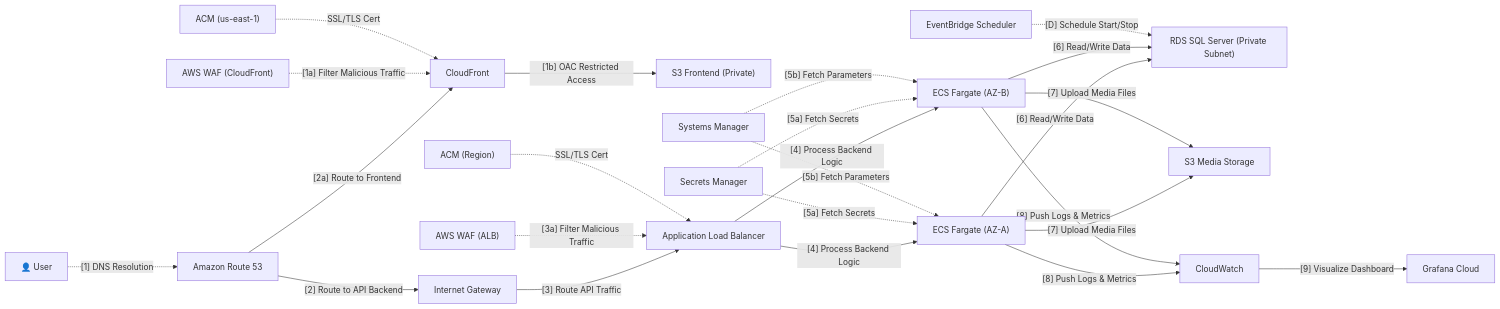
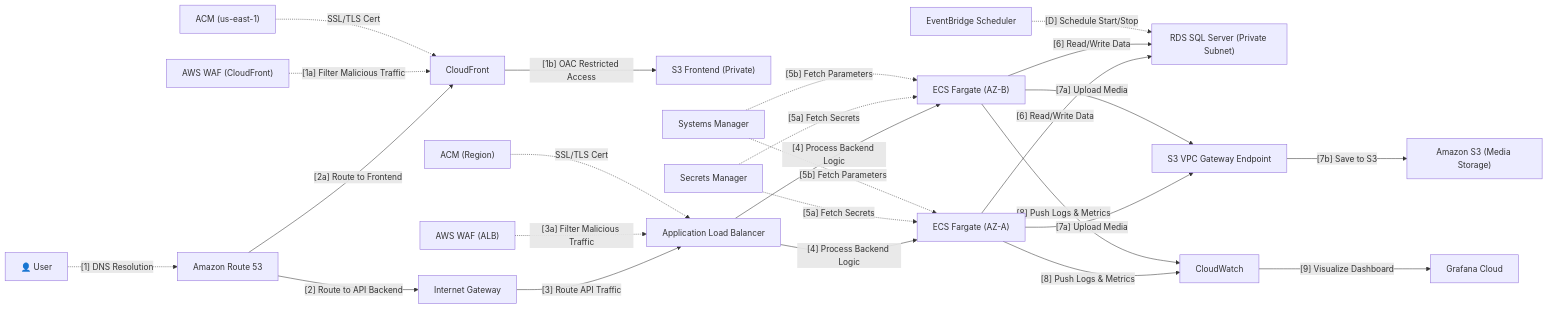
The first of 2 diagrams in content/2-Proposal/_index.md (pht1412/FCAJ-Intern-Report), drawn with Mermaid before and after one commit. The commit also changed 1 other file, not shown here.

Commit message:
intern report

````diff
--- a/content/2-Proposal/_index.md
+++ b/content/2-Proposal/_index.md
@@ -35,43 +35,44 @@
 ```mermaid
 flowchart LR
     %% [1] DNS Resolution
     User["👤 User"] -.->|"[1] DNS Resolution"| R53["Amazon Route 53"]
     
     %% [2a] Frontend Flow — Route 53 → CloudFront
     R53 -->|"[2a] Route to Frontend"| CF["CloudFront"]
     WAF_CF["AWS WAF (CloudFront)"] -.->|"[1a] Filter Malicious Traffic"| CF
     ACM_CF["ACM (us-east-1)"] -.->|"SSL/TLS Cert"| CF
     CF -->|"[1b] OAC Restricted Access"| S3F["S3 Frontend (Private)"]
     
     %% [2] API Flow — Route 53 → IGW → ALB
     R53 -->|"[2] Route to API Backend"| IGW["Internet Gateway"]
     IGW -->|"[3] Route API Traffic"| ALB["Application Load Balancer"]
     WAF_ALB["AWS WAF (ALB)"] -.->|"[3a] Filter Malicious Traffic"| ALB
     ACM_ALB["ACM (Region)"] -.->|"SSL/TLS Cert"| ALB
     
     %% [4] Backend Compute — ALB → ECS (Multi-AZ)
     ALB -->|"[4] Process Backend Logic"| ECS1["ECS Fargate (AZ-A)"]
     ALB -->|"[4] Process Backend Logic"| ECS2["ECS Fargate (AZ-B)"]
     
     %% [5a/5b] Secrets & Config
     SM["Secrets Manager"] -.->|"[5a] Fetch Secrets"| ECS1
     SM -.->|"[5a] Fetch Secrets"| ECS2
     SSM["Systems Manager"] -.->|"[5b] Fetch Parameters"| ECS1
     SSM -.->|"[5b] Fetch Parameters"| ECS2
     
     %% [6] Database
     ECS1 -->|"[6] Read/Write Data"| RDS["RDS SQL Server (Private Subnet)"]
     ECS2 -->|"[6] Read/Write Data"| RDS
     
-    %% [7] Media Upload via VPC Endpoint
-    ECS1 -->|"[7] Upload Media Files"| S3M["S3 Media Storage"]
-    ECS2 -->|"[7] Upload Media Files"| S3M
+    %% [7] Upload Media qua VPC Endpoint
+    ECS1 -->|"[7a] Upload Media"| VPCE["S3 VPC Gateway Endpoint"]
+    ECS2 -->|"[7a] Upload Media"| VPCE
+    VPCE -->|"[7b] Save to S3"| S3M["Amazon S3 (Media Storage)"]
     
     %% [8-9] Monitoring
     ECS1 -->|"[8] Push Logs & Metrics"| CW["CloudWatch"]
     ECS2 -->|"[8] Push Logs & Metrics"| CW
     CW -->|"[9] Visualize Dashboard"| Grafana["Grafana Cloud"]
     
     %% [D] Cost Optimization
     EB["EventBridge Scheduler"] -.->|"[D] Schedule Start/Stop"| RDS
 ```
````
